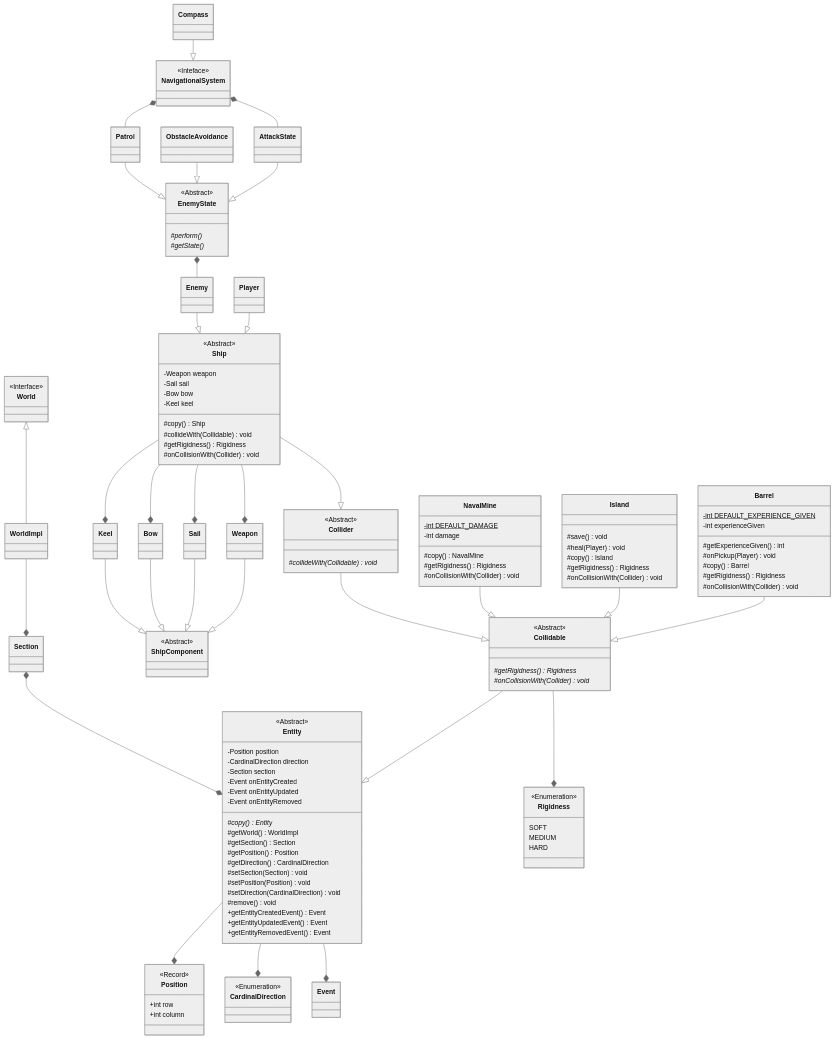
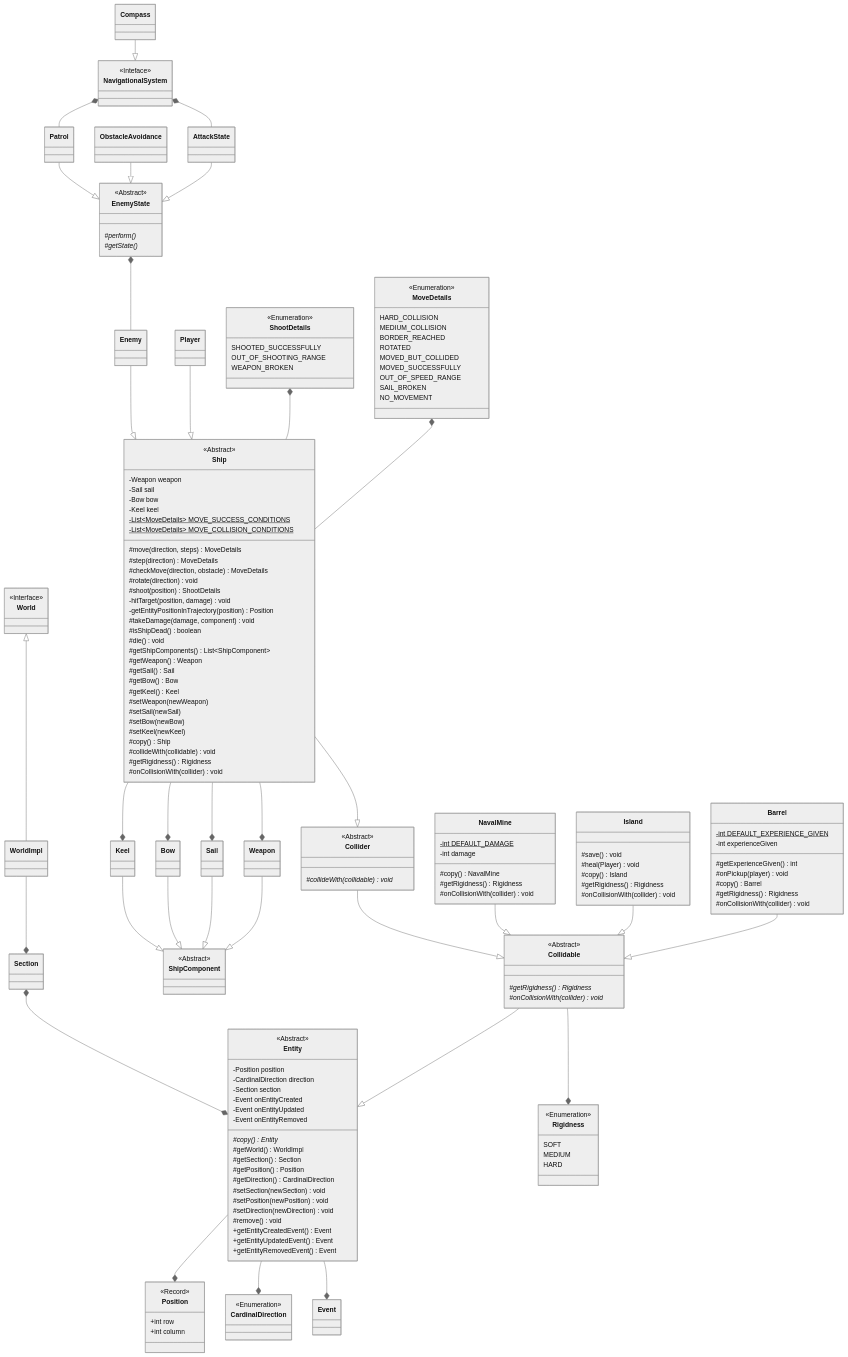
The diagram in report/diagrams/uml.md (thunderingmarmot/OOP23-objectonepiece), drawn with Mermaid (neutral theme) before and after one commit.

Commit message:
Completed Ship class UML diagram

```diff
--- a/report/diagrams/uml.md
+++ b/report/diagrams/uml.md
@@ -17,9 +17,9 @@
 Entity : #getSection() Section
 Entity : #getPosition() Position
 Entity : #getDirection() CardinalDirection
-Entity : #setSection(Section) void
-Entity : #setPosition(Position) void
-Entity : #setDirection(CardinalDirection) void
+Entity : #setSection(newSection) void
+Entity : #setPosition(newPosition) void
+Entity : #setDirection(newDirection) void
 Entity : #remove() void
 Entity : +getEntityCreatedEvent() Event
 Entity : +getEntityUpdatedEvent() Event
@@ -30,7 +30,7 @@
 Collidable --|> Entity
 Collidable --* Rigidness
 Collidable : #getRigidness()* Rigidness
-Collidable : #onCollisionWith(Collider)* void
+Collidable : #onCollisionWith(collider)* void
 
 class Rigidness
 <<Enumeration>> Rigidness
@@ -43,10 +43,10 @@
 Barrel : -int DEFAULT_EXPERIENCE_GIVEN$
 Barrel : -int experienceGiven
 Barrel : #getExperienceGiven() int
-Barrel : #onPickup(Player) void
+Barrel : #onPickup(player) void
 Barrel : #copy() Barrel
 Barrel : #getRigidness() Rigidness
-Barrel : #onCollisionWith(Collider) void
+Barrel : #onCollisionWith(collider) void
 
 class Island
 Island --|> Collidable
@@ -54,7 +54,7 @@
 Island : #heal(Player) void
 Island : #copy() Island
 Island : #getRigidness() Rigidness
-Island : #onCollisionWith(Collider) void
+Island : #onCollisionWith(collider) void
 
 class NavalMine
 NavalMine --|> Collidable
@@ -62,12 +62,12 @@
 NavalMine : -int damage
 NavalMine : #copy() NavalMine
 NavalMine : #getRigidness() Rigidness
-NavalMine : #onCollisionWith(Collider) void
+NavalMine : #onCollisionWith(collider) void
 
 class Collider
 <<Abstract>> Collider
 Collider --|> Collidable
-Collider : #collideWith(Collidable)* void
+Collider : #collideWith(collidable)* void
 
 class Ship
 <<Abstract>> Ship
@@ -80,10 +80,51 @@
 Ship --* Bow
 Ship : -Keel keel
 Ship --* Keel
+Ship : -List~MoveDetails~ MOVE_SUCCESS_CONDITIONS$
+Ship : -List~MoveDetails~ MOVE_COLLISION_CONDITIONS$
+MoveDetails *-- Ship
+ShootDetails *-- Ship
+Ship : #move(direction, steps) MoveDetails
+Ship : #step(direction) MoveDetails
+Ship : #checkMove(direction, obstacle) MoveDetails
+Ship : #rotate(direction) void
+Ship : #shoot(position) ShootDetails
+Ship : -hitTarget(position, damage) void
+Ship : -getEntityPositionInTrajectory(position) Position
+Ship : #takeDamage(damage, component) void
+Ship : #isShipDead() boolean
+Ship : #die() void
+Ship : #getShipComponents() List~ShipComponent~
+Ship : #getWeapon() Weapon
+Ship : #getSail() Sail
+Ship : #getBow() Bow
+Ship : #getKeel() Keel
+Ship : #setWeapon(newWeapon)
+Ship : #setSail(newSail)
+Ship : #setBow(newBow)
+Ship : #setKeel(newKeel)
 Ship : #copy() Ship
-Ship : #collideWith(Collidable) void
+Ship : #collideWith(collidable) void
 Ship : #getRigidness() Rigidness
-Ship : #onCollisionWith(Collider) void
+Ship : #onCollisionWith(collider) void
+
+class MoveDetails
+<<Enumeration>> MoveDetails
+MoveDetails : HARD_COLLISION
+MoveDetails : MEDIUM_COLLISION
+MoveDetails : BORDER_REACHED
+MoveDetails : ROTATED
+MoveDetails : MOVED_BUT_COLLIDED
+MoveDetails : MOVED_SUCCESSFULLY
+MoveDetails : OUT_OF_SPEED_RANGE
+MoveDetails : SAIL_BROKEN
+MoveDetails : NO_MOVEMENT
+
+class ShootDetails
+<<Enumeration>> ShootDetails
+ShootDetails : SHOOTED_SUCCESSFULLY
+ShootDetails : OUT_OF_SHOOTING_RANGE
+ShootDetails : WEAPON_BROKEN
 
 class ShipComponent
 <<Abstract>> ShipComponent
```
